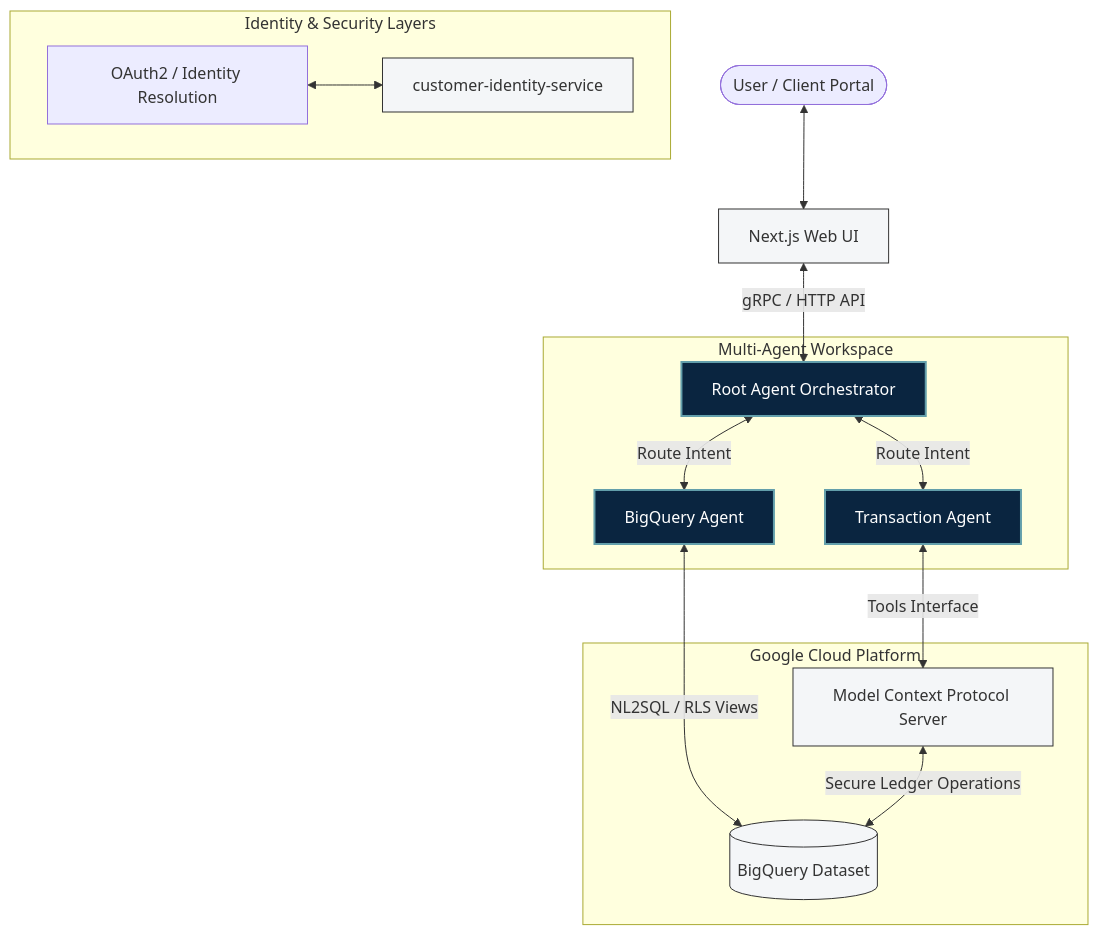
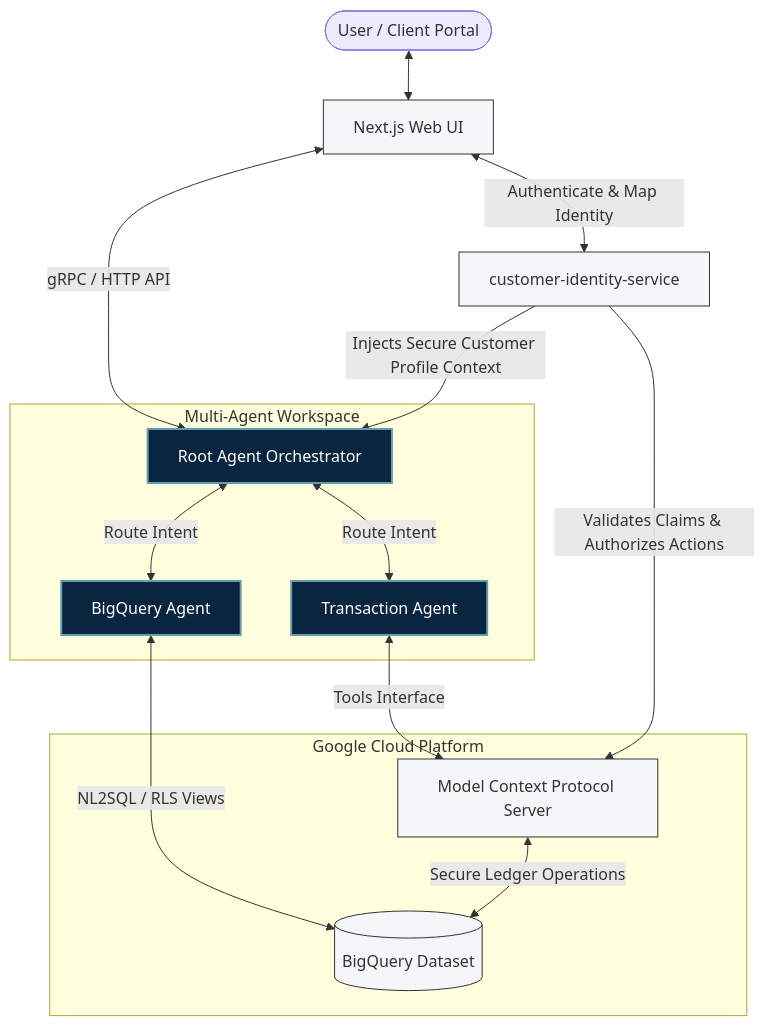
The first of 2 diagrams in README.md (souravmighty/banking-agent), drawn with Mermaid before and after one commit. The commit also changed other lines of this file, not shown here.

Commit message:
docs: refine README with customer-identity-service context injection, transaction relationships, and clean .env variables

````diff
--- a/README.md
+++ b/README.md
@@ -13,25 +13,26 @@
 ```mermaid
 graph TD
     User([User / Client Portal]) <--> NextJS[Next.js Web UI]
+    
     NextJS <-->|gRPC / HTTP API| Root[Root Agent Orchestrator]
+    NextJS <-->|Authenticate & Map Identity| CIS[customer-identity-service]
+
+    CIS -->|Injects Secure Customer Profile Context| Root
+    CIS -->|Validates Claims & Authorizes Actions| MCP[Model Context Protocol Server]
     
     subgraph Multi-Agent Workspace [Multi-Agent Workspace]
         Root <-->|Route Intent| BQAgent[BigQuery Agent]
         Root <-->|Route Intent| TxAgent[Transaction Agent]
     end
 
-    subgraph Identity & Security Layers
-        Auth[OAuth2 / Identity Resolution] <--> customer-identity-service
-    end
-
     subgraph Data Platform [Google Cloud Platform]
         BQAgent <-->|NL2SQL / RLS Views| BQ[(BigQuery Dataset)]
-        TxAgent <-->|Tools Interface| MCP[Model Context Protocol Server]
+        TxAgent <-->|Tools Interface| MCP
         MCP <-->|Secure Ledger Operations| BQ
     end
 
     classDef agent fill:#0A2540,stroke:#639FAB,stroke-width:2px,color:#fff;
     classDef infra fill:#f4f6f8,stroke:#333,stroke-width:1px;
     class Root,BQAgent,TxAgent agent;
-    class BQ,MCP,NextJS,customer-identity-service infra;
+    class BQ,MCP,NextJS,CIS infra;
 ```
````
